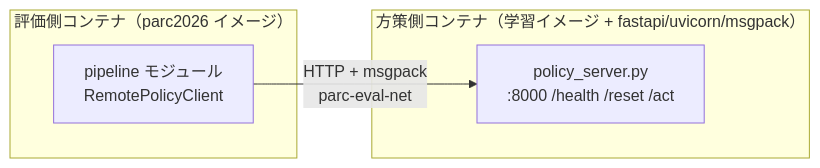
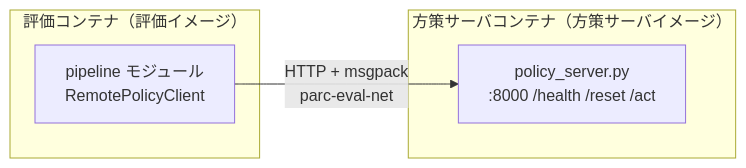
Before and after one commit to siruku6/PARC2026_pre: the diagram in docs/resources/infra_and_docker.md, drawn with Mermaid. The commit also changed other lines of this file and 3 other files, not shown here.

````diff
--- a/docs/resources/infra_and_docker.md
+++ b/docs/resources/infra_and_docker.md
@@ -146,10 +236,10 @@
 ```mermaid
 flowchart LR
-  subgraph 評価側["評価側コンテナ（parc2026 イメージ）"]
+  subgraph 評価側["評価コンテナ（評価イメージ）"]
     P["pipeline モジュール<br/>RemotePolicyClient"]
   end
-  subgraph 方策側["方策側コンテナ（学習イメージ + fastapi/uvicorn/msgpack）"]
+  subgraph 方策側["方策サーバコンテナ（方策サーバイメージ）"]
     S["policy_server.py<br/>:8000 /health /reset /act"]
   end
   P -- "HTTP + msgpack<br/>parc-eval-net" --> S
 ```
````
